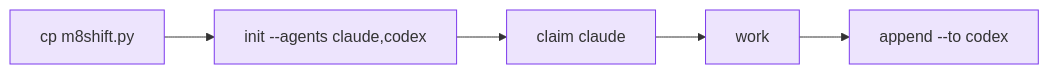
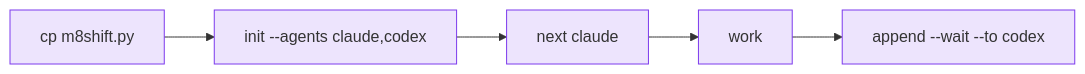
Before and after one commit to M8Shift/m8shift.github.io: the diagram in docs/guide/quickstart.md, drawn with Mermaid. The commit also changed other lines of this file and 37 other files, not shown here.

````diff
--- a/docs/guide/quickstart.md
+++ b/docs/guide/quickstart.md
@@ -13,9 +14,9 @@
 ```mermaid
 flowchart LR
     A["cp m8shift.py"] --> B["init --agents claude,codex"]
-    B --> C["claim claude"]
+    B --> C["next claude"]
     C --> D["work"]
-    D --> E["append --to codex"]
+    D --> E["append --wait --to codex"]
     classDef agent fill:#7c3aed22,stroke:#7c3aed;
     class A,B,C,D,E agent;
 ```
````
